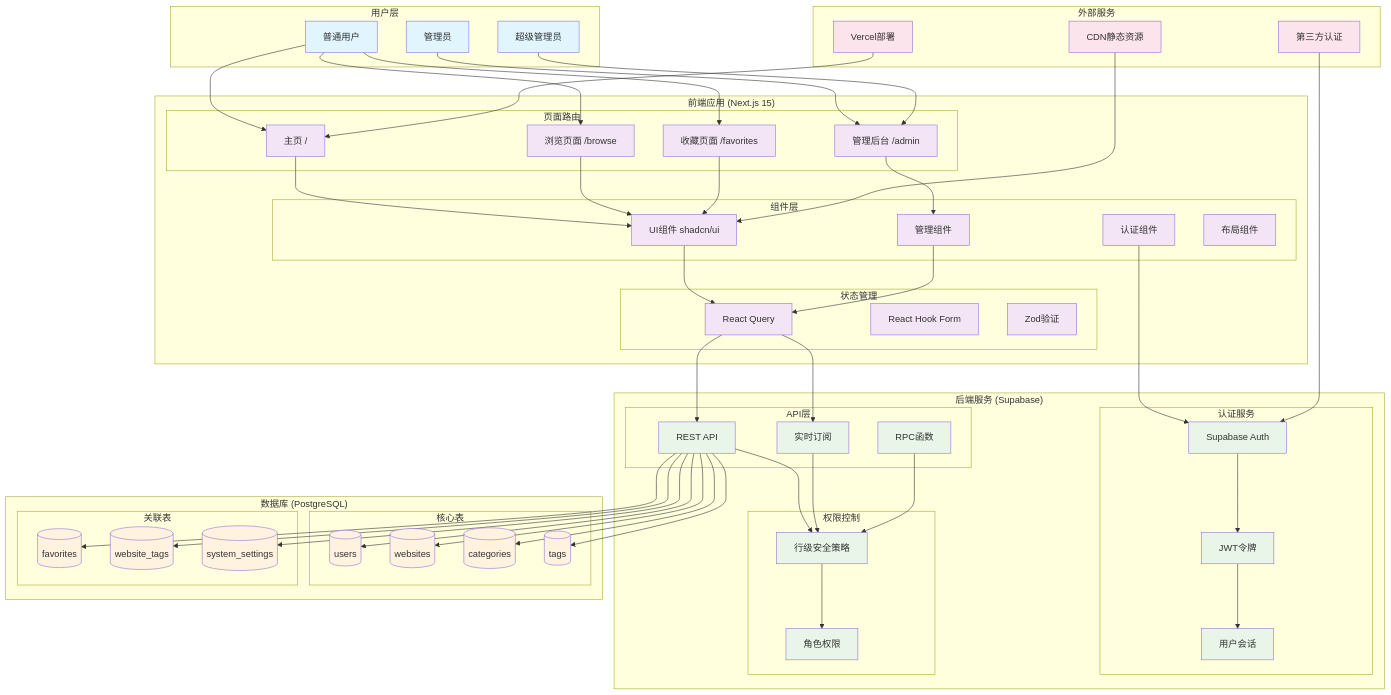
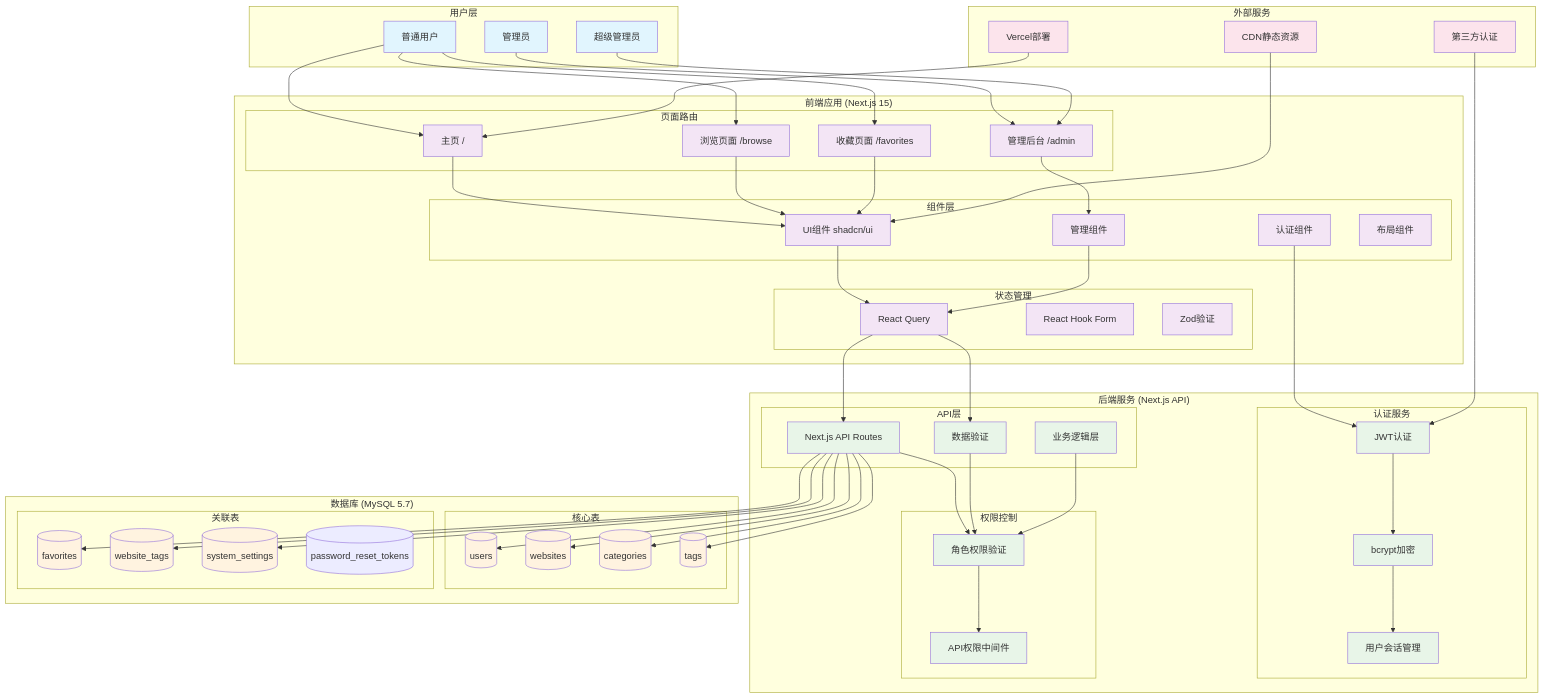
One commit to Sube3494/website-curator changed the first of 3 diagrams in docs/ARCHITECTURE.md. Above: the diagram before and after it, drawn with Mermaid. The commit also changed other lines of this file and 63 other files, not shown here.

First line of the commit message:
feat(stack): 从 Supabase 迁移到 MySQL 和自定义 JWT 认证

```diff
--- a/docs/ARCHITECTURE.md
+++ b/docs/ARCHITECTURE.md
@@ -39,38 +39,39 @@
     end
 
     %% 后端服务层
-    subgraph "后端服务 (Supabase)"
+    subgraph "后端服务 (Next.js API)"
         subgraph "认证服务"
-            A1[Supabase Auth]
-            A2[JWT令牌]
-            A3[用户会话]
+            A1[JWT认证]
+            A2[bcrypt加密]
+            A3[用户会话管理]
         end
-        
+
         subgraph "API层"
-            API1[REST API]
-            API2[实时订阅]
-            API3[RPC函数]
+            API1[Next.js API Routes]
+            API2[数据验证]
+            API3[业务逻辑层]
         end
-        
+
         subgraph "权限控制"
-            RLS1[行级安全策略]
-            RLS2[角色权限]
+            RLS1[角色权限验证]
+            RLS2[API权限中间件]
         end
     end
 
     %% 数据库层
-    subgraph "数据库 (PostgreSQL)"
+    subgraph "数据库 (MySQL 5.7)"
         subgraph "核心表"
             DB1[(users)]
             DB2[(websites)]
             DB3[(categories)]
             DB4[(tags)]
         end
-        
+
         subgraph "关联表"
             DB5[(favorites)]
             DB6[(website_tags)]
             DB7[(system_settings)]
+            DB8[(password_reset_tokens)]
         end
     end
 
```
